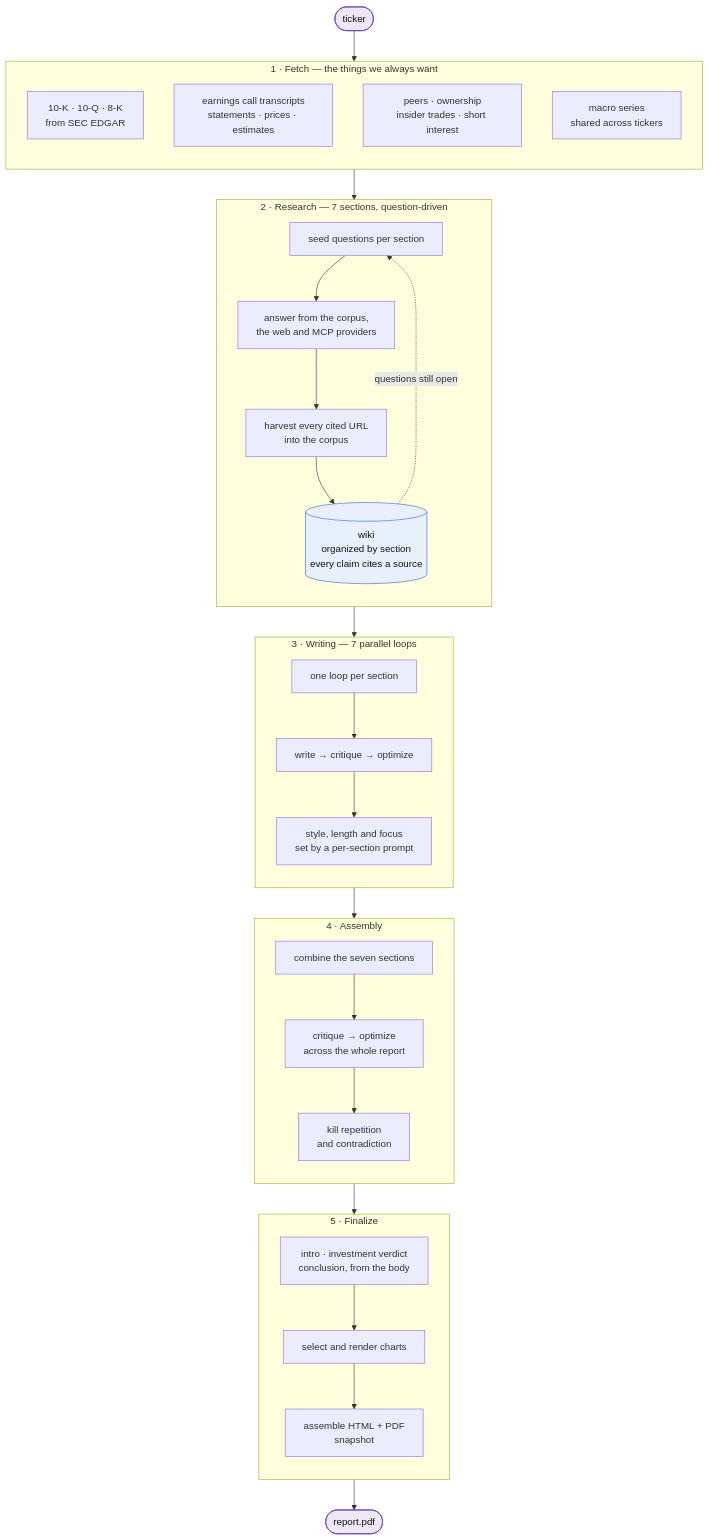
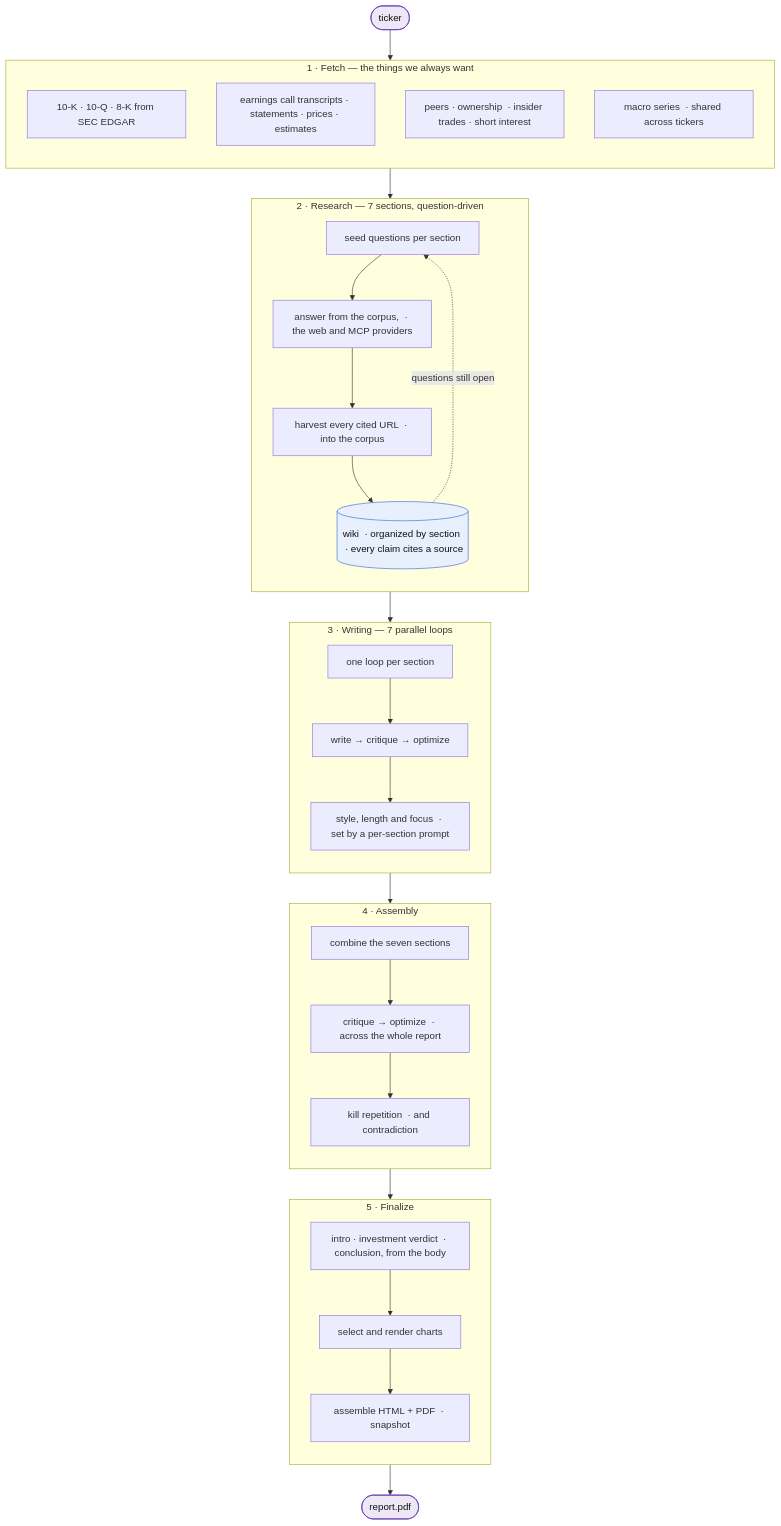
The first of 3 diagrams in README.md (druce/deep-research-machine-2), drawn with Mermaid before and after one commit.

````diff
--- a/README.md
+++ b/README.md
@@ -29,45 +29,45 @@
 ```mermaid
 flowchart TD
     start([ticker]):::ep --> f1
 
     subgraph fetch ["1 · Fetch — the things we always want"]
         direction TB
-        f1["10-K · 10-Q · 8-K<br/>from SEC EDGAR"]
-        f2["earnings call transcripts<br/>statements · prices · estimates"]
-        f3["peers · ownership<br/>insider trades · short interest"]
-        f4["macro series<br/>shared across tickers"]
+        f1["10-K · 10-Q · 8-K from SEC EDGAR"]
+        f2["earnings call transcripts · statements · prices · estimates"]
+        f3["peers · ownership  · insider trades · short interest"]
+        f4["macro series  · shared across tickers"]
     end
 
     subgraph research ["2 · Research — 7 sections, question-driven"]
         direction TB
-        q["seed questions per section"] --> ask["answer from the corpus,<br/>the web and MCP providers"]
-        ask --> harv["harvest every cited URL<br/>into the corpus"]
-        harv --> wik[("wiki<br/>organized by section<br/>every claim cites a source")]
+        q["seed questions per section"] --> ask["answer from the corpus,  · the web and MCP providers"]
+        ask --> harv["harvest every cited URL  · into the corpus"]
+        harv --> wik[("wiki  · organized by section  · every claim cites a source")]
         wik -. "questions still open" .-> q
     end
 
     subgraph writing ["3 · Writing — 7 parallel loops"]
         direction TB
         w1["one loop per section"] --> w2["write → critique → optimize"]
-        w2 --> w3["style, length and focus<br/>set by a per-section prompt"]
+        w2 --> w3["style, length and focus  · set by a per-section prompt"]
     end
 
     subgraph assembly ["4 · Assembly"]
         direction TB
-        a1["combine the seven sections"] --> a2["critique → optimize<br/>across the whole report"]
-        a2 --> a3["kill repetition<br/>and contradiction"]
+        a1["combine the seven sections"] --> a2["critique → optimize  · across the whole report"]
+        a2 --> a3["kill repetition  · and contradiction"]
     end
 
     subgraph finalize ["5 · Finalize"]
         direction TB
-        z1["intro · investment verdict<br/>conclusion, from the body"] --> z2["select and render charts"]
-        z2 --> z3["assemble HTML + PDF<br/>snapshot"]
+        z1["intro · investment verdict  · conclusion, from the body"] --> z2["select and render charts"]
+        z2 --> z3["assemble HTML + PDF  · snapshot"]
     end
 
     fetch --> research --> writing --> assembly --> finalize
     z3 --> done([report.pdf]):::ep
 
     classDef ep fill:#ede7f6,stroke:#5e35b1,color:#111
     classDef store fill:#e8f0fe,stroke:#3367d6,color:#111
     class wik store
 ```
````
